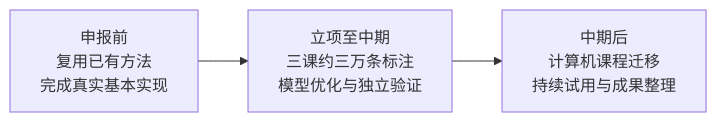
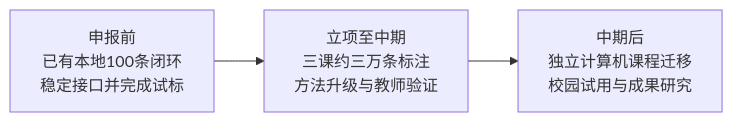
The diagram in project-materials/04_申报与答辩/申报支撑/阶段安排.mmd (Hyhyhyyy/course-feedback), drawn with Mermaid before and after one commit. The commit also changed 9 other files, not shown here.

```diff
--- a/project-materials/04_申报与答辩/申报支撑/阶段安排.mmd
+++ b/project-materials/04_申报与答辩/申报支撑/阶段安排.mmd
@@ -1,3 +1,3 @@
 flowchart LR
- A["申报前<br/>复用已有方法<br/>完成真实基本实现"] --> B["立项至中期<br/>三课约三万条标注<br/>模型优化与独立验证"]
- B --> C["中期后<br/>计算机课程迁移<br/>持续试用与成果整理"]
+ A["申报前<br/>已有本地100条闭环<br/>稳定接口并完成试标"] --> B["立项至中期<br/>三课约三万条标注<br/>方法升级与教师验证"]
+ B --> C["中期后<br/>独立计算机课程迁移<br/>校园试用与成果研究"]
```
